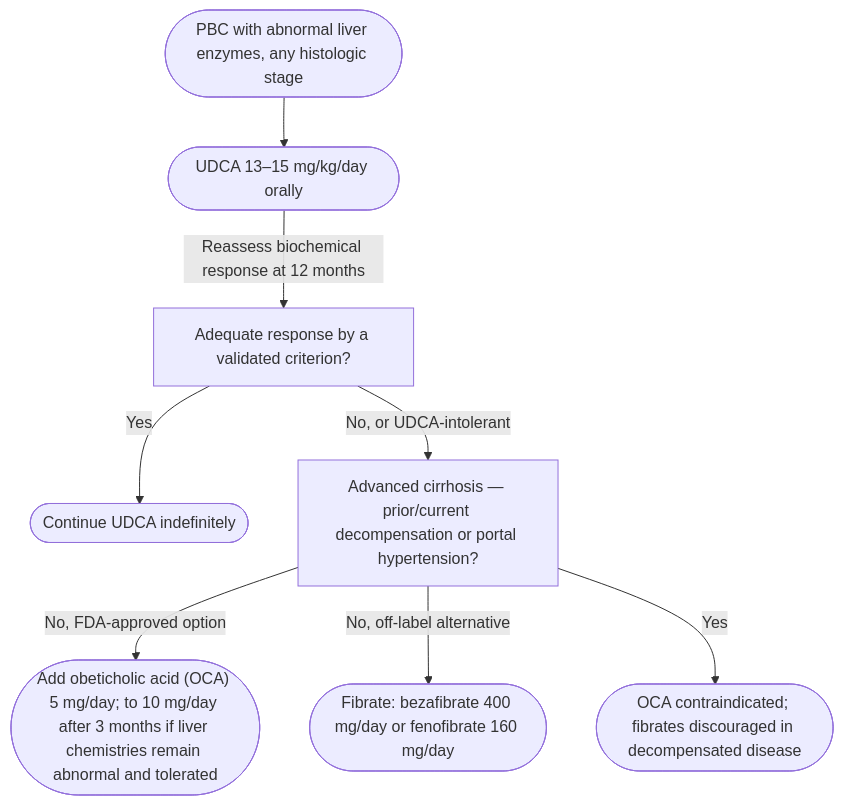
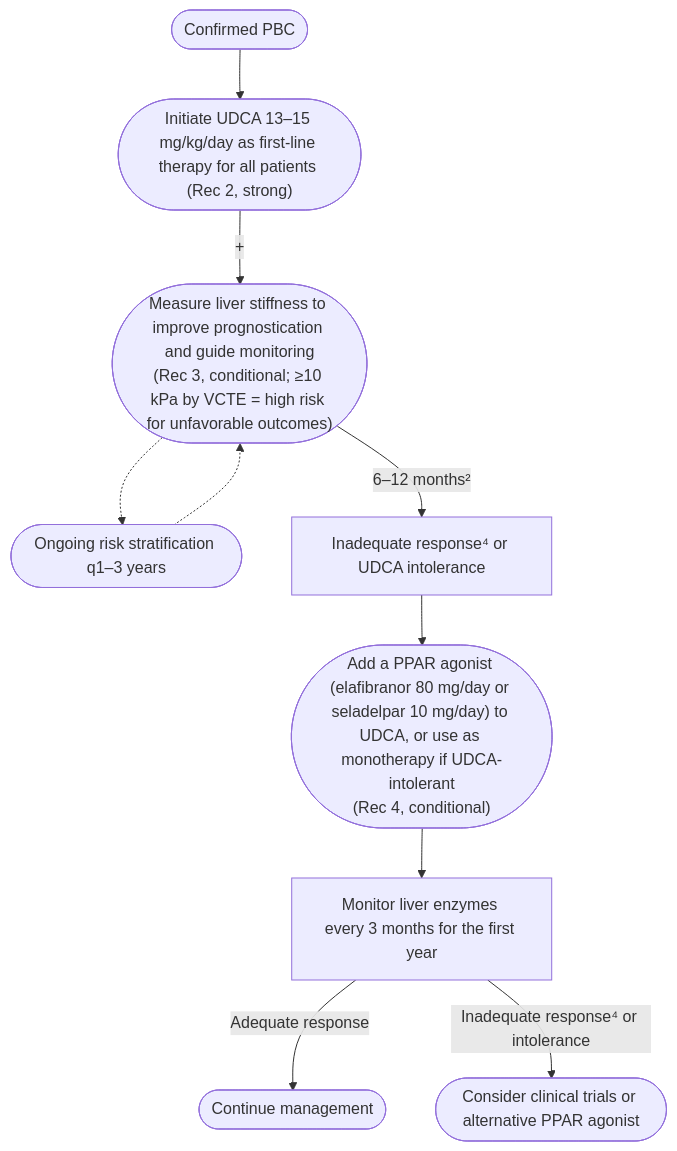
Before and after one commit to KHNickLeMD/KHNL-GI-Wiki: the diagram in KHNL-GI-Wiki/wiki/1-disease-scripts/hepatology-diseases/primary-biliary-cholangitis.md, drawn with Mermaid. The commit also changed other lines of this file and 6 other files, not shown here.

````diff
--- a/KHNL-GI-Wiki/wiki/1-disease-scripts/hepatology-diseases/primary-biliary-cholangitis.md
+++ b/KHNL-GI-Wiki/wiki/1-disease-scripts/hepatology-diseases/primary-biliary-cholangitis.md
@@ -167,14 +176,16 @@
 ```mermaid
 flowchart TD
-    A(["PBC with abnormal liver enzymes, any histologic stage"]) --> B(["UDCA 13–15 mg/kg/day orally"])
-    B -- "Reassess biochemical response at 12 months" --> C["Adequate response by a validated criterion?"]
-    C -- "Yes" --> D(["Continue UDCA indefinitely"])
-    C -- "No, or UDCA-intolerant" --> E["Advanced cirrhosis — prior/current decompensation or portal hypertension?"]
-    E -- "No, FDA-approved option" --> F(["Add obeticholic acid (OCA) 5 mg/day; to 10 mg/day after 3 months if liver chemistries remain abnormal and tolerated"])
-    E -- "No, off-label alternative" --> G(["Fibrate: bezafibrate 400 mg/day or fenofibrate 160 mg/day"])
-    E -- "Yes" --> H(["OCA contraindicated; fibrates discouraged in decompensated disease"])
-    class A start
-    class C,E test
-    class B,D,F,G act
-    class H stop
+    C(["Confirmed PBC"]) --> U(["Initiate UDCA 13–15 mg/kg/day as first-line therapy for all patients (Rec 2, strong)"])
+    U -- "+" --> L(["Measure liver stiffness to improve prognostication and guide monitoring<br/>(Rec 3, conditional; ≥10 kPa by VCTE = high risk for unfavorable outcomes)"])
+    L -.-> S(["Ongoing risk stratification q1–3 years"])
+    S -.-> L
+    L -- "6–12 months²" --> R["Inadequate response⁴ or UDCA intolerance"]
+    R --> P(["Add a PPAR agonist (elafibranor 80 mg/day or seladelpar 10 mg/day) to UDCA, or use as monotherapy if UDCA-intolerant<br/>(Rec 4, conditional)"])
+    P --> M["Monitor liver enzymes every 3 months for the first year"]
+    M -- "Adequate response" --> K(["Continue management"])
+    M -- "Inadequate response⁴ or intolerance" --> T(["Consider clinical trials or alternative PPAR agonist"])
+    class C start
+    class R,M test
+    class U,L,P,K,S act
+    class T stop
 ```
````
